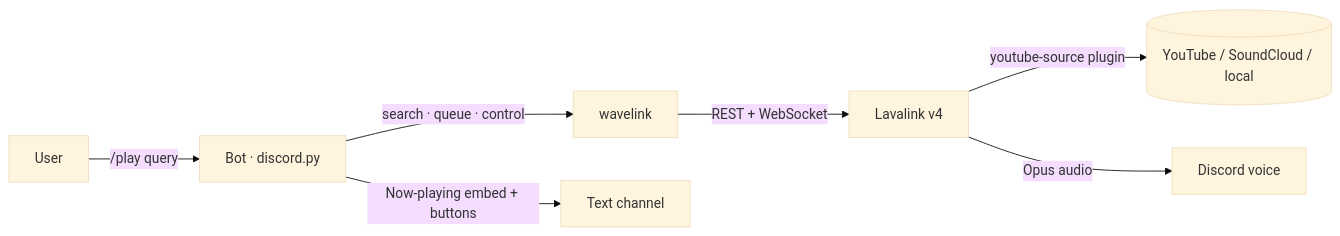
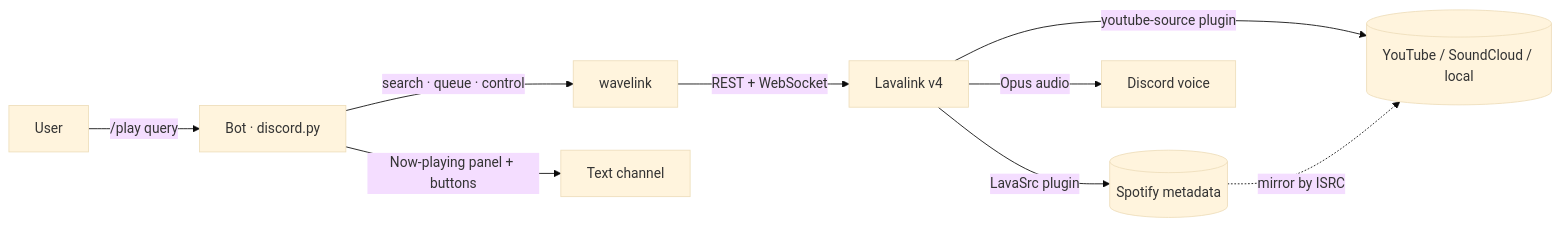
One commit to ArseniAliakseichyk/Discord_bot changed the first of 2 diagrams in README.md. Above: the diagram before and after it, drawn with Mermaid (base theme). The commit also changed other lines of this file and 1 other file, not shown here.

First line of the commit message:
docs: document Spotify's real limits, tickets and moderation

````diff
--- a/README.md
+++ b/README.md
@@ -66,9 +100,11 @@
 ```mermaid
 graph LR
     U[User] -->|/play query| BOT[Bot · discord.py]
     BOT -->|search · queue · control| WL[wavelink]
     WL -->|REST + WebSocket| LL[Lavalink v4]
-    LL -->|youtube-source plugin| SRC[(YouTube / SoundCloud / local)]
+    LL -->|youtube-source plugin| YT[(YouTube / SoundCloud / local)]
+    LL -->|LavaSrc plugin| SP[(Spotify metadata)]
+    SP -.->|mirror by ISRC| YT
     LL -->|Opus audio| VC[Discord voice]
-    BOT -->|Now-playing embed + buttons| TC[Text channel]
+    BOT -->|Now-playing panel + buttons| TC[Text channel]
 ```
````
